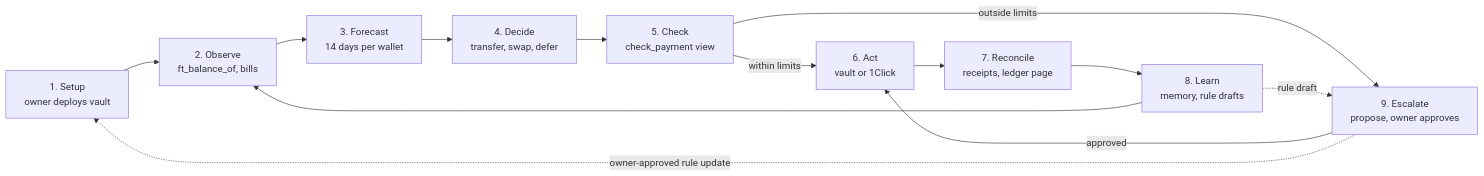
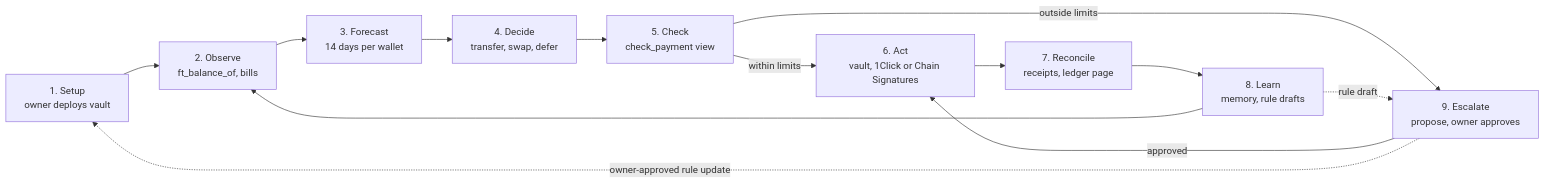
One commit to Ultraviolet01/Keel changed the diagram in README.md. Above: the diagram before and after it, drawn with Mermaid. The commit also changed other lines of this file and 17 other files, not shown here.

First line of the commit message:
Pay Base bills through NEAR Chain Signatures when 1Click is down

````diff
--- a/README.md
+++ b/README.md
@@ -35,11 +35,11 @@
 ```mermaid
 flowchart LR
   S["1. Setup<br/>owner deploys vault"] --> O["2. Observe<br/>ft_balance_of, bills"]
   O --> F["3. Forecast<br/>14 days per wallet"] --> D["4. Decide<br/>transfer, swap, defer"] --> C["5. Check<br/>check_payment view"]
-  C -- within limits --> A["6. Act<br/>vault or 1Click"]
+  C -- within limits --> A["6. Act<br/>vault, 1Click or Chain Signatures"]
   C -- outside limits --> E["9. Escalate<br/>propose, owner approves"]
   E -- approved --> A
   A --> R["7. Reconcile<br/>receipts, ledger page"] --> L["8. Learn<br/>memory, rule drafts"] --> O
   L -. rule draft .-> E
   E -. owner-approved rule update .-> S
 ```
````
